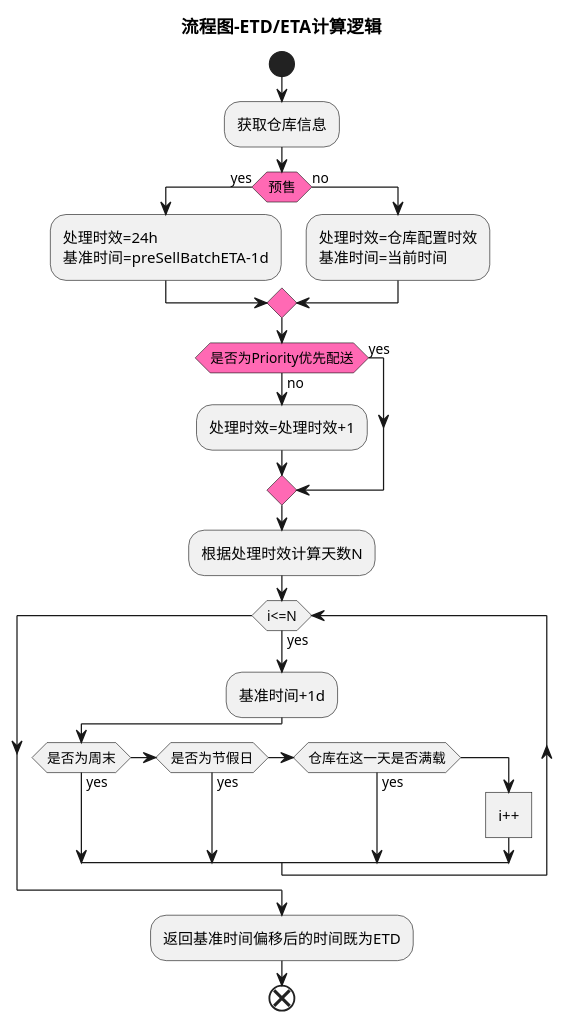
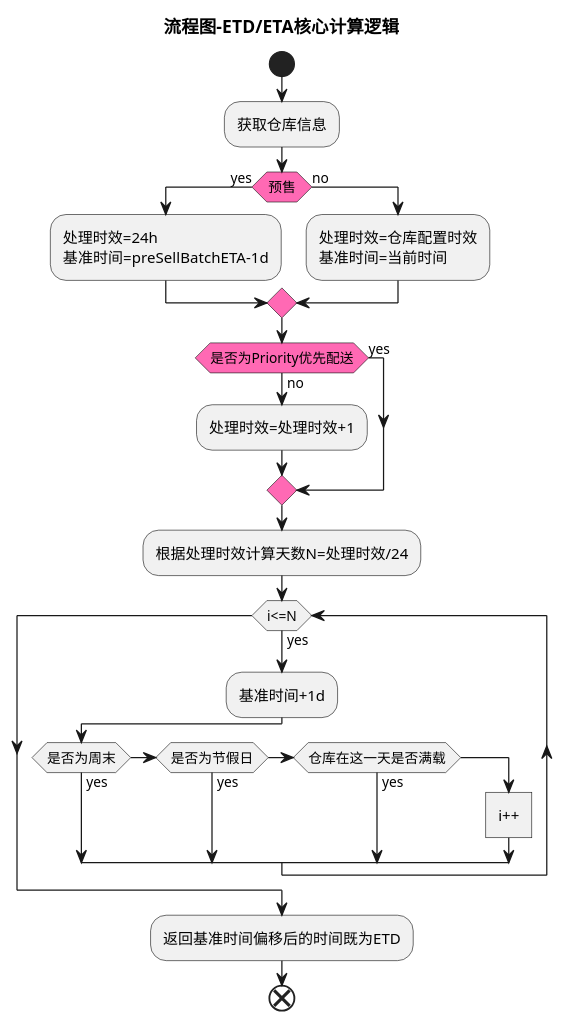
The diagram in uml/wms/etd_eta_process.puml (newbigTech/myDesignPattern), drawn with PlantUML before and after one commit.

Commit message:
uml图

```diff
--- a/uml/wms/etd_eta_process.puml
+++ b/uml/wms/etd_eta_process.puml
@@ -1,30 +1,30 @@
 @startuml
-title 流程图-ETD/ETA计算逻辑
+title 流程图-ETD/ETA核心计算逻辑
 
 start
 :获取仓库信息;
 #HotPink:if (预售) then (yes)
     :处理时效=24h
     基准时间=preSellBatchETA-1d;
 else (no)
     :处理时效=仓库配置时效
     基准时间=当前时间;
 
 endif
 #HotPink:if(是否为Priority优先配送) then(no)
     :处理时效=处理时效+1;
 else(yes)
 endif
-:根据处理时效计算天数N;
+:根据处理时效计算天数N=处理时效/24;
 #HotPink:while (i<=N) is(yes)
     :基准时间+1d;
     if(是否为周末) then (yes)
     else if(是否为节假日) then (yes)
     else if(仓库在这一天是否满载) then (yes)
     else
         :i++]
     endif
 endwhile
 :返回基准时间偏移后的时间既为ETD;
 end
 @enduml
```
